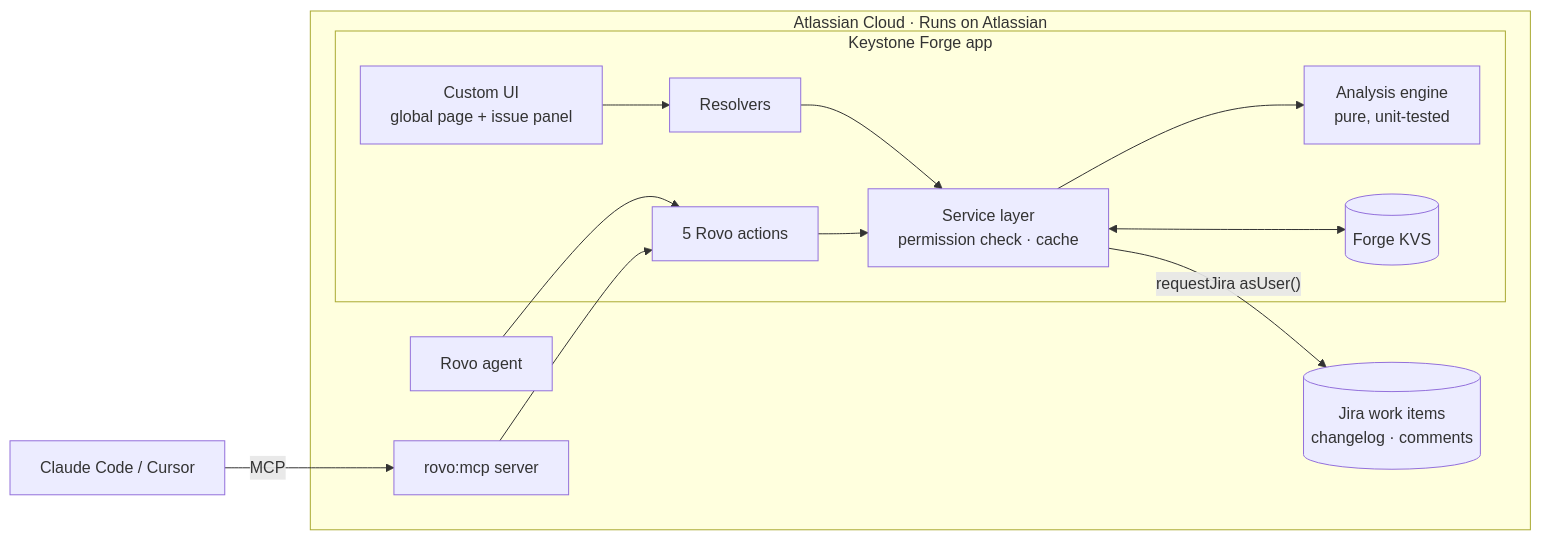
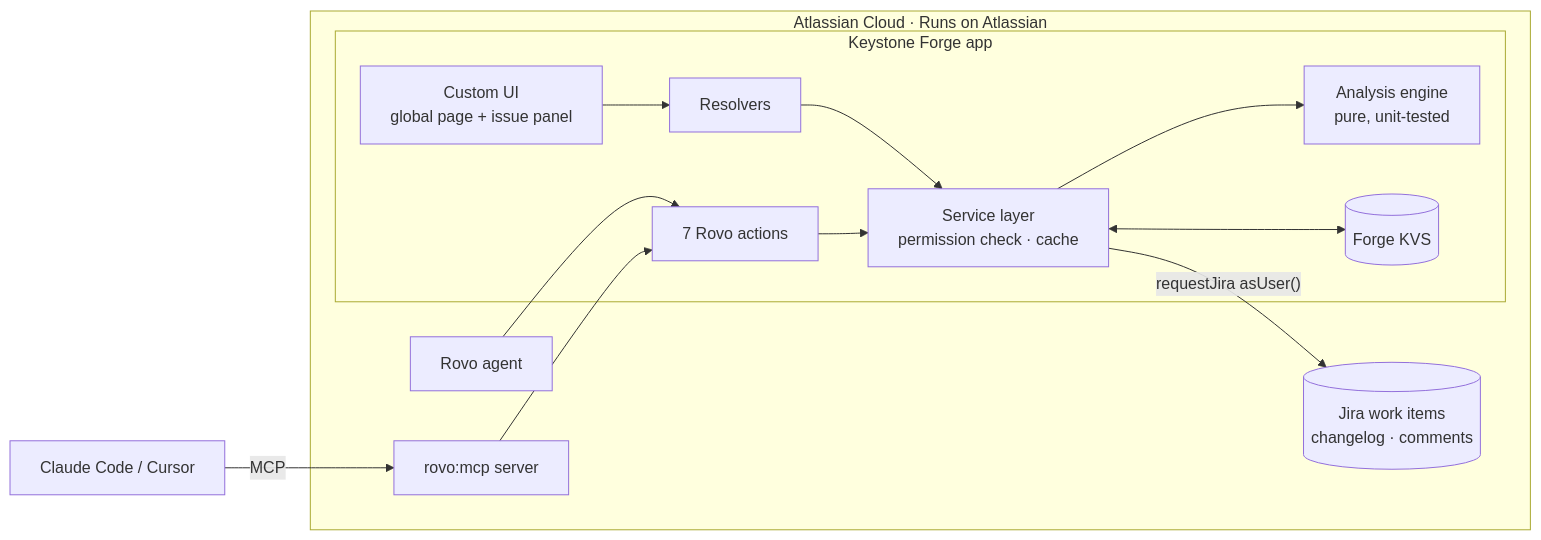
The first of 2 diagrams in README.md (adeelfalaksher900-creator/keystone-forge), drawn with Mermaid before and after one commit. The commit also changed other lines of this file and 1 other file, not shown here.

````diff
--- a/README.md
+++ b/README.md
@@ -103,23 +103,23 @@
 ```mermaid
 flowchart LR
   subgraph AC["Atlassian Cloud · Runs on Atlassian"]
     J[("Jira work items<br/>changelog · comments")]
     subgraph F["Keystone Forge app"]
       UI["Custom UI<br/>global page + issue panel"]
       RES["Resolvers"]
-      ACT["5 Rovo actions"]
+      ACT["7 Rovo actions"]
       SVC["Service layer<br/>permission check · cache"]
       ENG["Analysis engine<br/>pure, unit-tested"]
       KVS[("Forge KVS")]
     end
     R["Rovo agent"]
     M["rovo:mcp server"]
   end
   EXT["Claude Code / Cursor"] -->|MCP| M
   UI --> RES --> SVC
   R --> ACT --> SVC
   M --> ACT
   SVC -->|"requestJira asUser()"| J
   SVC <--> KVS
   SVC --> ENG
 ```
````
